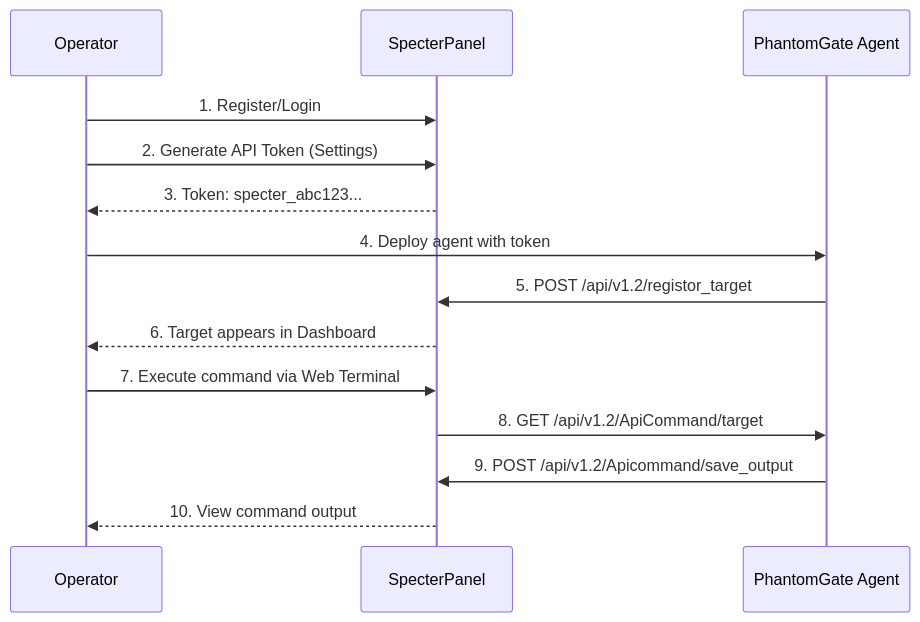
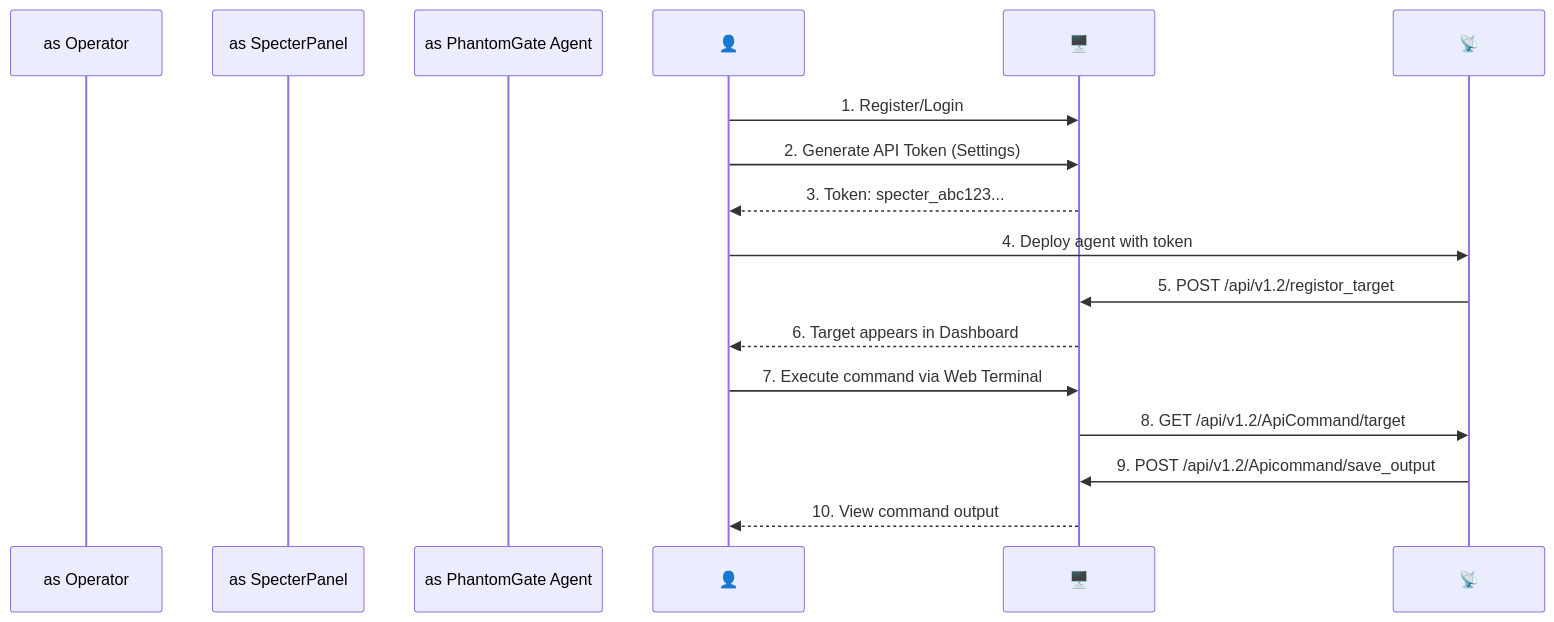
Before and after one commit to omerKkemal/oh-tool-v2: the second of 2 diagrams in README.md, drawn with Mermaid. The commit also changed other lines of this file, not shown here.

````diff
--- a/README.md
+++ b/README.md
@@ -299,17 +296,17 @@
 ```mermaid
 sequenceDiagram
-    participant 👤 as Operator
-    participant 🖥️ as SpecterPanel
-    participant 📡 as PhantomGate Agent
+    participant as Operator
+    participant as SpecterPanel
+    participant as PhantomGate Agent
     
     👤->>🖥️: 1. Register/Login
     👤->>🖥️: 2. Generate API Token (Settings)
     🖥️-->>👤: 3. Token: specter_abc123...
     👤->>📡: 4. Deploy agent with token
     📡->>🖥️: 5. POST /api/v1.2/registor_target
     🖥️-->>👤: 6. Target appears in Dashboard
     👤->>🖥️: 7. Execute command via Web Terminal
     🖥️->>📡: 8. GET /api/v1.2/ApiCommand/target
     📡->>🖥️: 9. POST /api/v1.2/Apicommand/save_output
     🖥️-->>👤: 10. View command output
 ```
````
